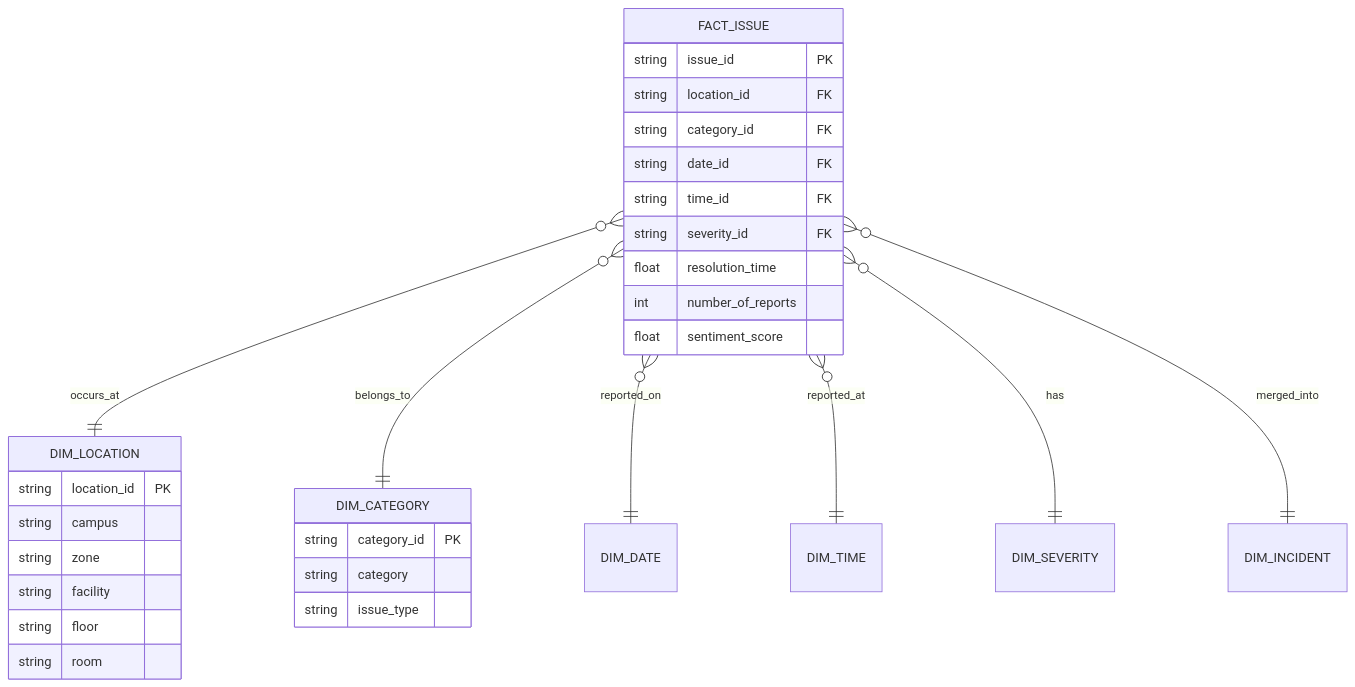
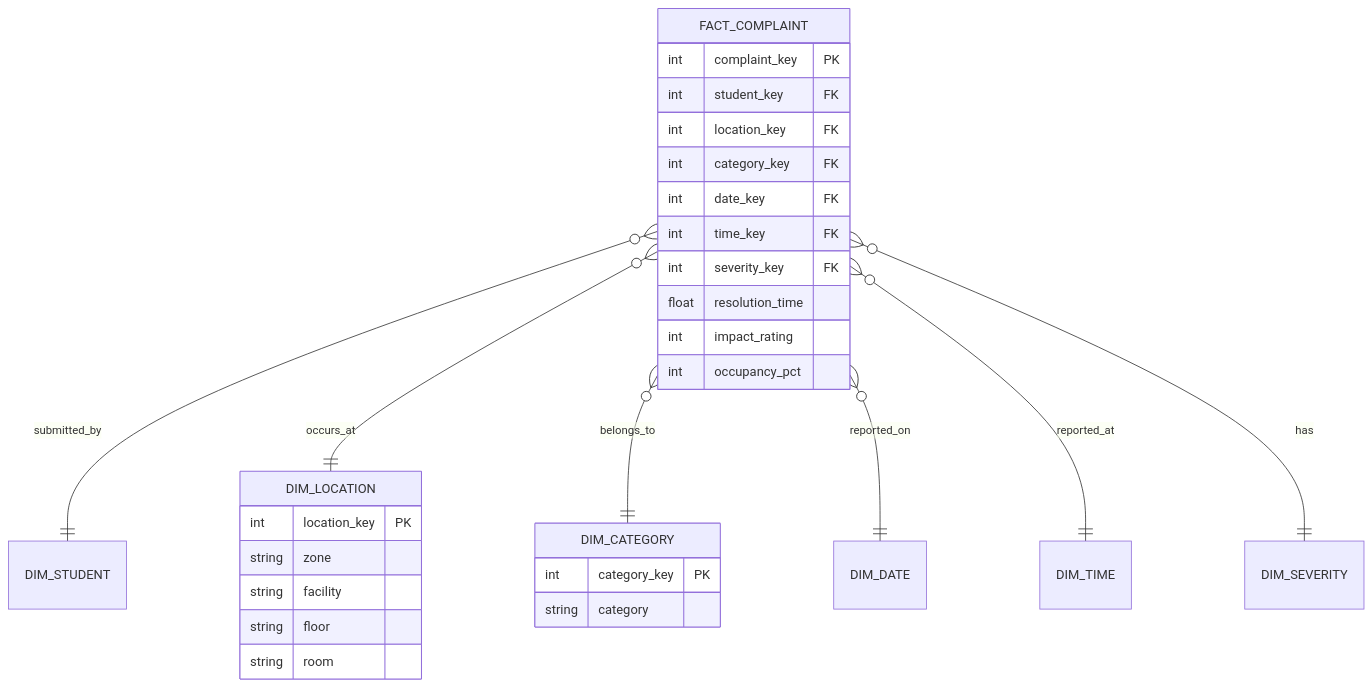
One commit to SaiGrover/Campus-Lens changed the seventh of 7 diagrams in README.md. Above: the diagram before and after it, drawn with Mermaid. The commit also changed other lines of this file and 40 other files, not shown here.

````diff
--- a/README.md
+++ b/README.md
@@ -268,34 +272,33 @@
 ```mermaid
 erDiagram
-    FACT_ISSUE }o--|| DIM_LOCATION : occurs_at
-    FACT_ISSUE }o--|| DIM_CATEGORY : belongs_to
-    FACT_ISSUE }o--|| DIM_DATE : reported_on
-    FACT_ISSUE }o--|| DIM_TIME : reported_at
-    FACT_ISSUE }o--|| DIM_SEVERITY : has
-    FACT_ISSUE }o--|| DIM_INCIDENT : merged_into
+    FACT_COMPLAINT }o--|| DIM_STUDENT : submitted_by
+    FACT_COMPLAINT }o--|| DIM_LOCATION : occurs_at
+    FACT_COMPLAINT }o--|| DIM_CATEGORY : belongs_to
+    FACT_COMPLAINT }o--|| DIM_DATE : reported_on
+    FACT_COMPLAINT }o--|| DIM_TIME : reported_at
+    FACT_COMPLAINT }o--|| DIM_SEVERITY : has
 
-    FACT_ISSUE {
-        string issue_id PK
-        string location_id FK
-        string category_id FK
-        string date_id FK
-        string time_id FK
-        string severity_id FK
+    FACT_COMPLAINT {
+        int complaint_key PK
+        int student_key FK
+        int location_key FK
+        int category_key FK
+        int date_key FK
+        int time_key FK
+        int severity_key FK
         float resolution_time
-        int number_of_reports
-        float sentiment_score
+        int impact_rating
+        int occupancy_pct
     }
     DIM_LOCATION {
-        string location_id PK
-        string campus
+        int location_key PK
         string zone
         string facility
         string floor
         string room
     }
     DIM_CATEGORY {
-        string category_id PK
+        int category_key PK
         string category
-        string issue_type
     }
 ```
````
